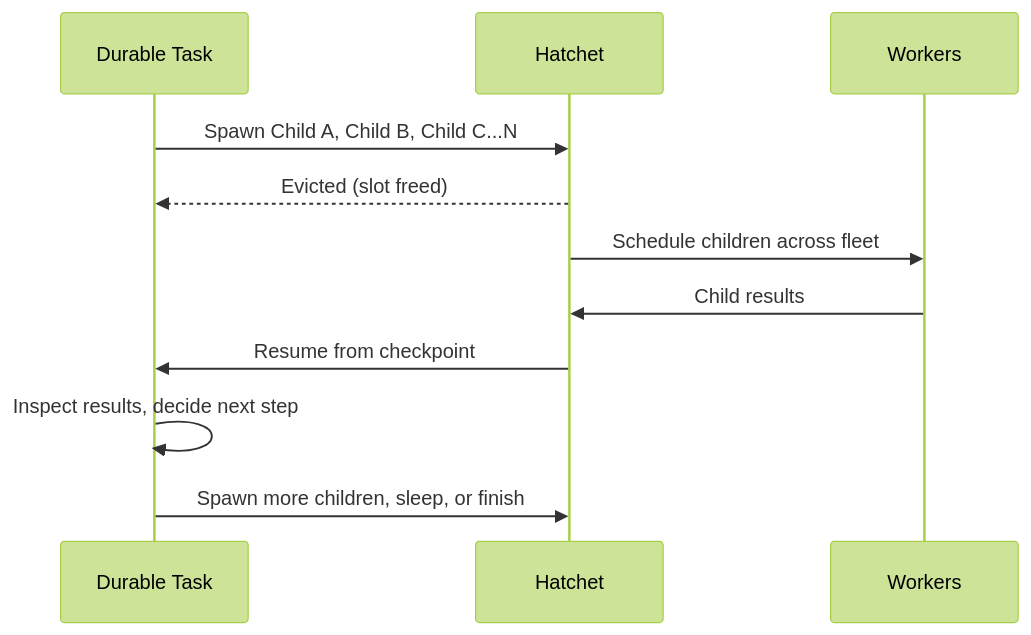
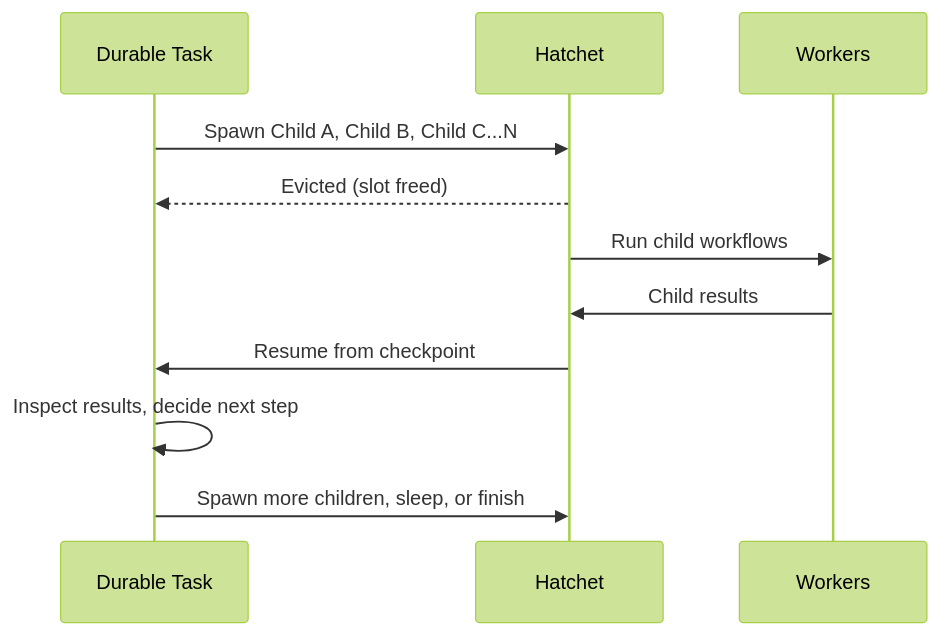
Before and after one commit to hatchet-dev/hatchet: the diagram in frontend/docs/pages/v1/patterns/durable-tasks.mdx, drawn with Mermaid (forest theme). The commit also changed other lines of this file, not shown here.

````diff
--- a/frontend/docs/pages/v1/patterns/durable-tasks.mdx
+++ b/frontend/docs/pages/v1/patterns/durable-tasks.mdx
@@ -36,14 +34,14 @@
 ```mermaid
 sequenceDiagram
     participant P as Durable Task
     participant H as Hatchet
     participant W as Workers
 
     P->>H: Spawn Child A, Child B, Child C...N
     H-->>P: Evicted (slot freed)
-    H->>W: Schedule children across fleet
+    H->>W: Run child workflows
     W->>H: Child results
     H->>P: Resume from checkpoint
     P->>P: Inspect results, decide next step
     P->>H: Spawn more children, sleep, or finish
 ```
````
